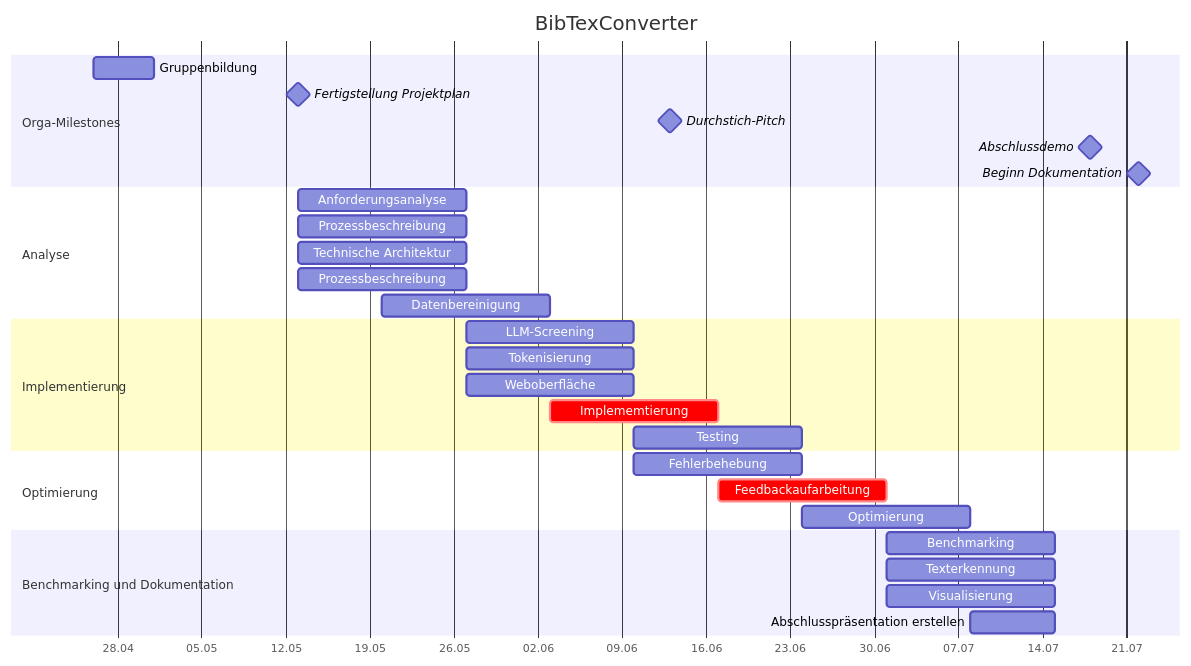
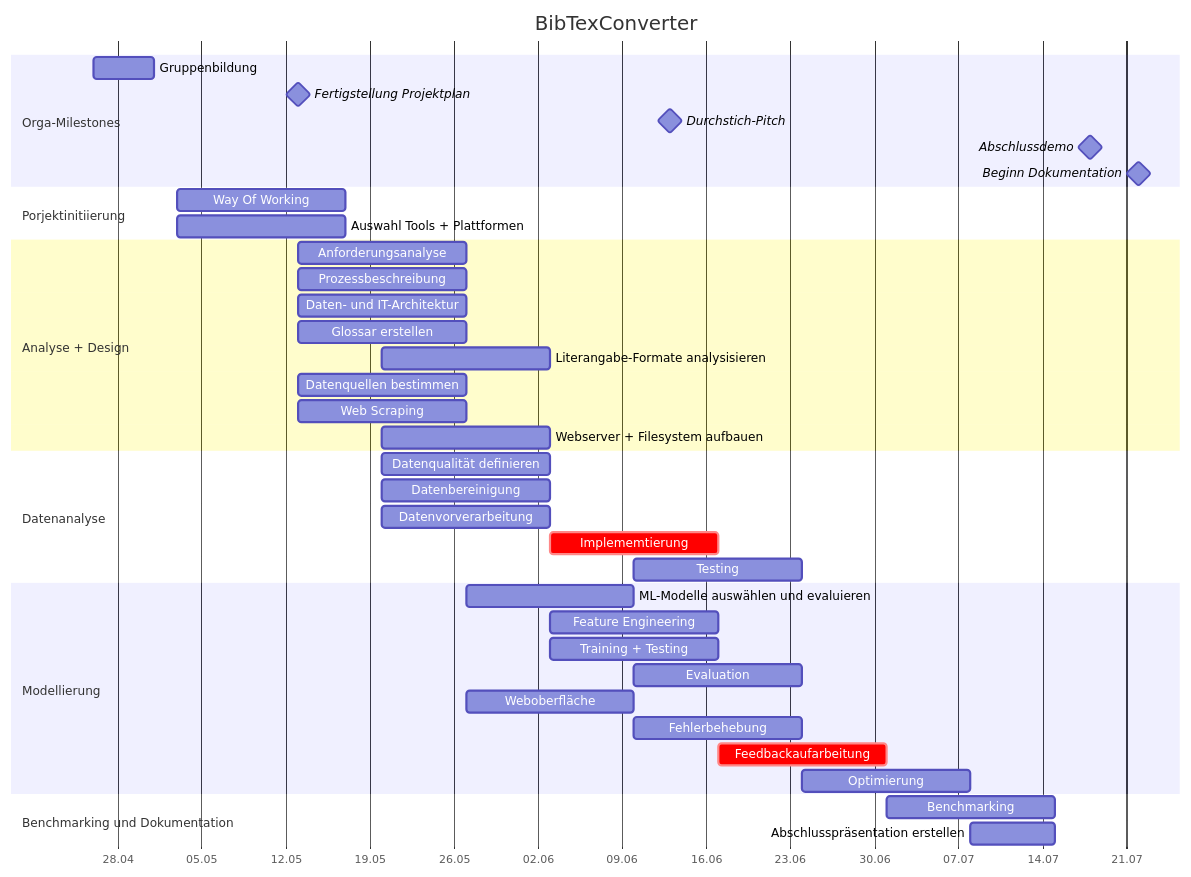
One commit to LaGit93/bibTexConverter_FaPra63065 changed the diagram in README.md. Above: the diagram before and after it, drawn with Mermaid.

```diff
--- a/README.md
+++ b/README.md
@@ -83,31 +83,41 @@
 %%        W9     : W9, 08.07.2024, 7d
 %%        W10    : W10, 15.07.2024, 7d
 
-    section Analyse
+    section Porjektinitiierung
+        Way Of Working : P01, 03.05.2024, 14d
+        Auswahl Tools + Plattformen : P01, 03.05.2024, 14d
+
+    section Analyse + Design
     
         Anforderungsanalyse: P01, 13.05.2024, 14d
-        Prozessbeschreibung: P01, 13.05.2024, 14d
-        Technische Architektur : P03, 13.05.2024, 14d
-        Prozessbeschreibung : P05, 13.05.2024, 14d
-        Datenbereinigung : P07, 20.05.2024, 14d
+        Prozessbeschreibung: P02, 13.05.2024, 14d
+        Daten- und IT-Architektur : P03, 13.05.2024, 14d
+        Glossar erstellen : P05, 13.05.2024, 14d
+        Literangabe-Formate analysisieren : P06, 20.05.2024, 14d
+        Datenquellen bestimmen : P07, 13.05.2024, 14d
+        Web Scraping : P08, 13.05.2024, 14d
+        Webserver + Filesystem aufbauen : P09, 20.05.2024, 14d
     
-    section Implementierung 
-        
-        LLM-Screening : P07, 27.05.2024, 14d
-        Tokenisierung : P08, 27.05.2024, 14d
-        Weboberfläche : P9, 27.05.2024, 14d
+    section Datenanalyse
+
+        Datenqualität definieren : P10, 20.05.2024, 14d
+        Datenbereinigung : P10, 20.05.2024, 14d
+        Datenvorverarbeitung : P08, 20.05.2024, 14d
         Implememtierung : crit, P10, 03.06.2024, 14d
         Testing: P11, 10.06.2024, 14d
     
-    section Optimierung 
+    section Modellierung
+        ML-Modelle auswählen und evaluieren : P9, 27.05.2024, 14d
+        Feature Engineering : P9, 03.06.2024, 14d
+        Training + Testing : P9, 03.06.2024, 14d
+        Evaluation : P9, 10.06.2024, 14d
+        Weboberfläche : P9, 27.05.2024, 14d
         Fehlerbehebung : P13, 10.06.2024, 14d
         Feedbackaufarbeitung : crit,P12, 17.06.2024, 14d
         Optimierung : P14, 24.06.2024, 14d
         
     section Benchmarking und Dokumentation  
         Benchmarking : P16, 01.07.2024, 14d
-        Texterkennung : P17, 01.07.2024, 14d
-        Visualisierung : P18, 01.07.2024, 14d
         Abschlusspräsentation erstellen : P18, 08.07.2024, 7d
 
 
```
